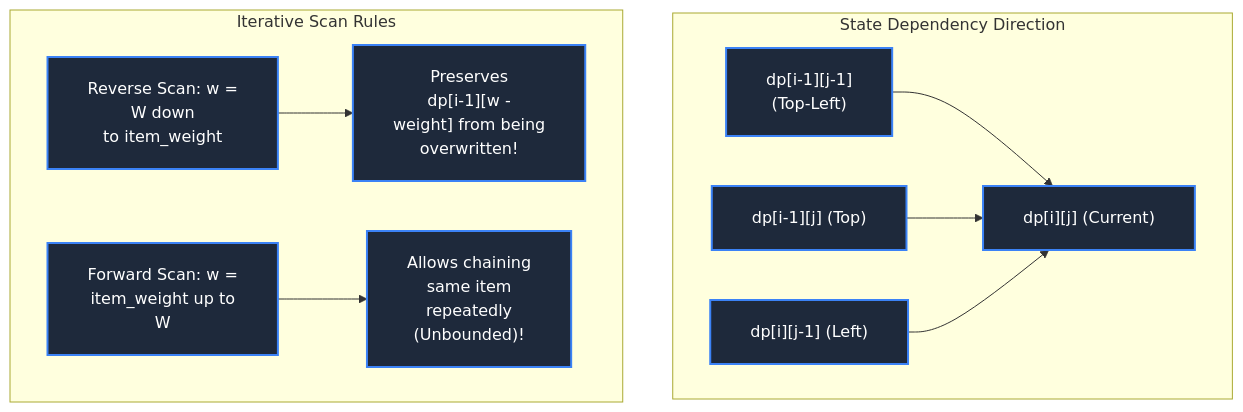
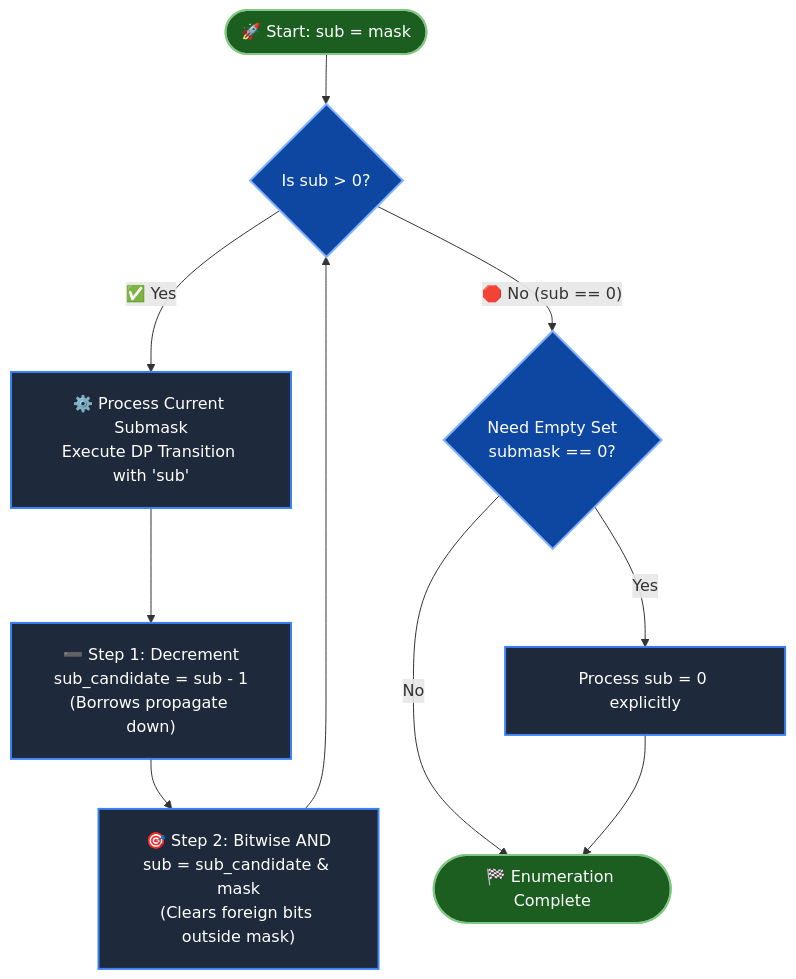
The diagram in week_11_dp_ii_advanced/Week_11_Day_04_State_Compression_And_Optimizations_Instructional.md (dip4k/DSA_102), drawn with Mermaid before and after one commit. The commit also changed other lines of this file and 147 other files, not shown here.

First line of the commit message:
feat(curriculum): enrich Weeks 01-19 instructional modules & resolve repository-wide Mermaid cutoff

````diff
--- a/week_11_dp_ii_advanced/Week_11_Day_04_State_Compression_And_Optimizations_Instructional.md
+++ b/week_11_dp_ii_advanced/Week_11_Day_04_State_Compression_And_Optimizations_Instructional.md
@@ -86,17 +391,21 @@
 ```mermaid
 %%{init: {"flowchart": {"htmlLabels": true, "padding": 20}, "themeCSS": "foreignObject { overflow: visible !important; }"}}%%
 flowchart TD
-    subgraph DependencyPattern["State Dependency Direction"]
-        TL["dp[i-1][j-1]<br/>(Top-Left)"] --> Target["dp[i][j] (Current)"]
-        T["dp[i-1][j] (Top)"] --> Target
-        L["dp[i][j-1] (Left)"] --> Target
-    end
-
-    subgraph IterationDirection["Iterative Scan Rules"]
-        Back["Reverse Scan: w =<br/>W down<br/>to item_weight"] --> Keep["Preserves<br/>dp[i-1][w -<br/>weight] from being<br/>overwritten!"]
-        Forw["Forward Scan: w =<br/>item_weight up to<br/>W"] --> Reuse["Allows chaining<br/>same item<br/>repeatedly<br/>(Unbounded)!"]
-    end
+    Start(["🚀 Start: sub = mask"]) --> CheckValid{"Is sub &gt; 0?"}
+    
+    CheckValid -->|"✅ Yes"| Process["⚙️ Process Current Submask<br/>Execute DP Transition with 'sub'"]
+    Process --> Decrement["➖ Step 1: Decrement<br/>sub_candidate = sub - 1<br/>(Borrows propagate down)"]
+    Decrement --> MaskOut["🎯 Step 2: Bitwise AND<br/>sub = sub_candidate & mask<br/>(Clears foreign bits outside mask)"]
+    MaskOut --> CheckValid
+    
+    CheckValid -->|"🛑 No (sub == 0)"| HandleEmpty{"Need Empty Set<br/>submask == 0?"}
+    HandleEmpty -->|"Yes"| ProcessEmpty["Process sub = 0 explicitly"]
+    HandleEmpty -->|"No"| Done(["🏁 Enumeration Complete"])
+    ProcessEmpty --> Done
 
     classDef default fill:#1e293b,stroke:#3b82f6,stroke-width:2px,color:#ffffff
-    classDef highlight fill:#0d47a1,stroke:#82b1ff,stroke-width:2px,color:#ffffff
+    classDef branch fill:#0d47a1,stroke:#82b1ff,stroke-width:2px,color:#ffffff
+    classDef terminal fill:#1b5e20,stroke:#81c784,stroke-width:2px,color:#ffffff
+    class Start,Done terminal
+    class CheckValid,HandleEmpty branch
 ```
````
